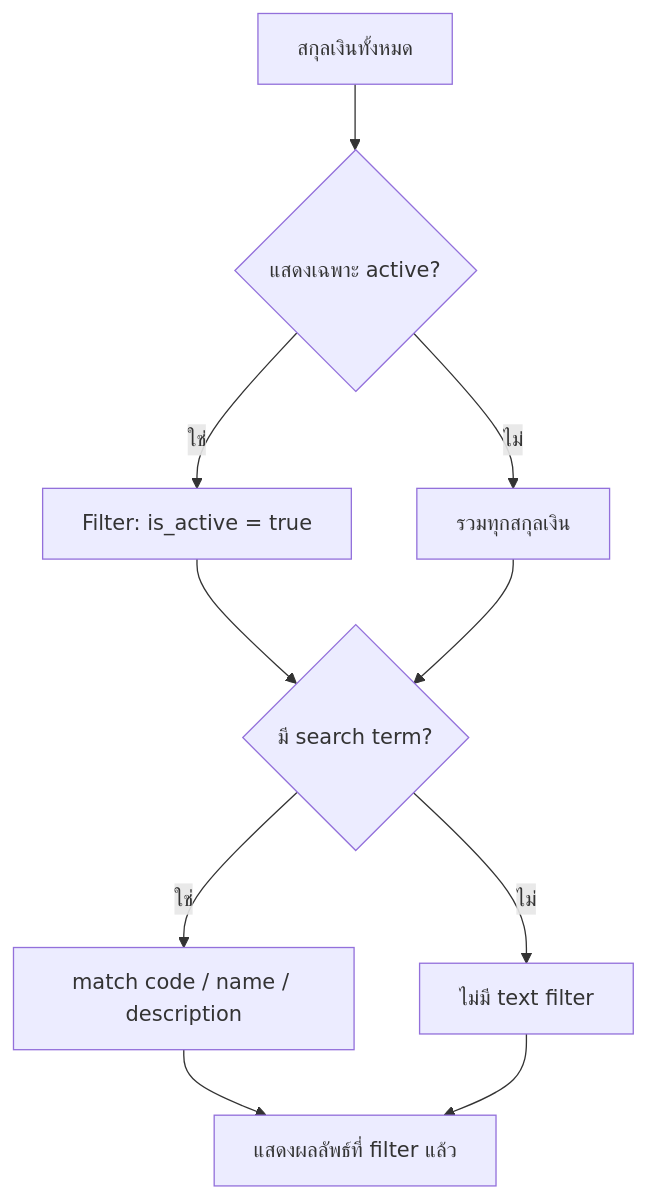
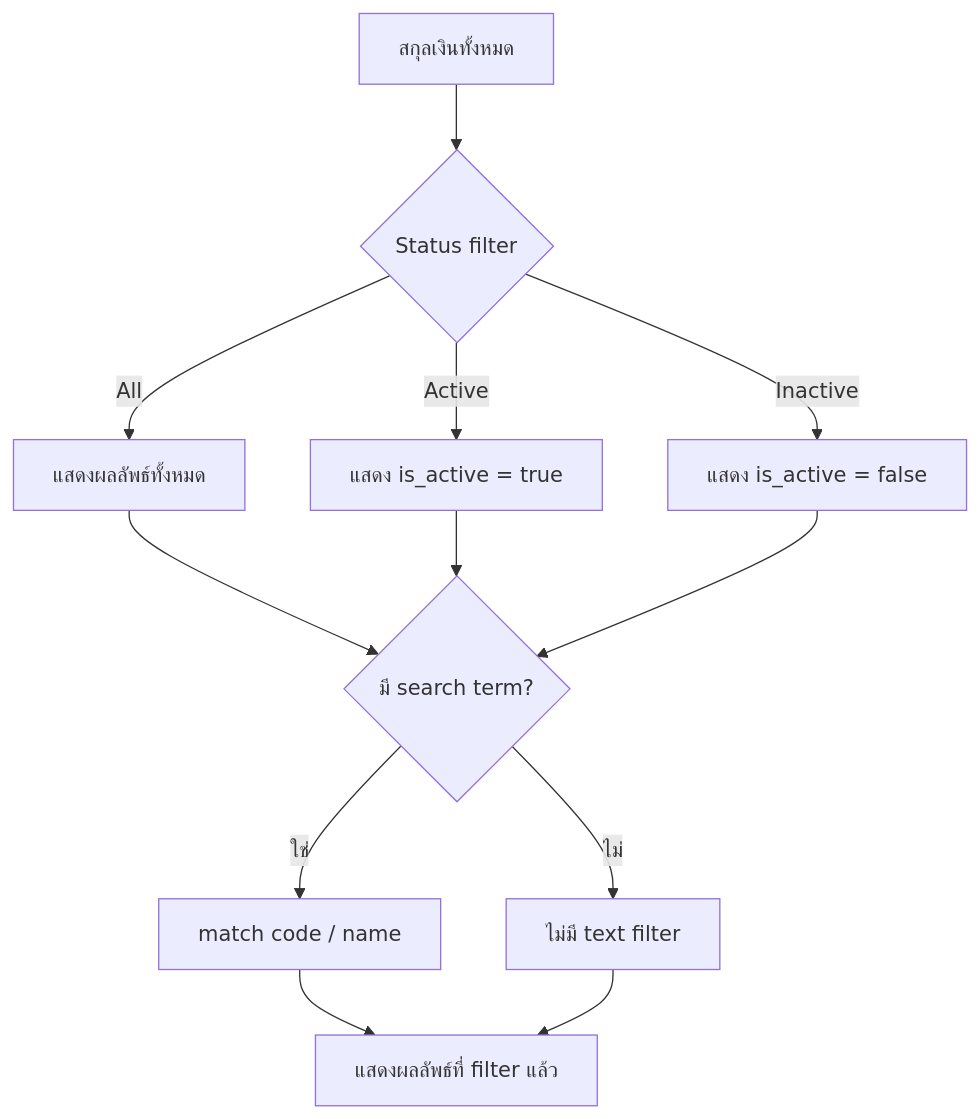
The diagram in th/inventory/master-data/currency.md (CarmenSoftware-organization/carmen-wiki), drawn with Mermaid before and after one commit. The commit also changed other lines of this file and 20 other files, not shown here.

Commit message:
fix(product,master-data,recipe): correct 13 diagrams against code, drop disabled-export diagram (review round 1)

````diff
--- a/th/inventory/master-data/currency.md
+++ b/th/inventory/master-data/currency.md
@@ -37,12 +37,14 @@
 ```mermaid
 flowchart TD
-    A["สกุลเงินทั้งหมด"] --> B{"แสดงเฉพาะ active?"}
-    B -->|"ใช่"| C["Filter: is_active = true"]
-    B -->|"ไม่"| D["รวมทุกสกุลเงิน"]
-    C --> E{"มี search term?"}
-    D --> E
-    E -->|"ใช่"| F["match code / name / description"]
-    E -->|"ไม่"| G["ไม่มี text filter"]
-    F --> H["แสดงผลลัพธ์ที่ filter แล้ว"]
-    G --> H
+    A["สกุลเงินทั้งหมด"] --> B{"Status filter"}
+    B -->|"All"| C["แสดงผลลัพธ์ทั้งหมด"]
+    B -->|"Active"| D["แสดง is_active = true"]
+    B -->|"Inactive"| E["แสดง is_active = false"]
+    C --> F{"มี search term?"}
+    D --> F
+    E --> F
+    F -->|"ใช่"| G["match code / name"]
+    F -->|"ไม่"| H["ไม่มี text filter"]
+    G --> I["แสดงผลลัพธ์ที่ filter แล้ว"]
+    H --> I
 ```
````
